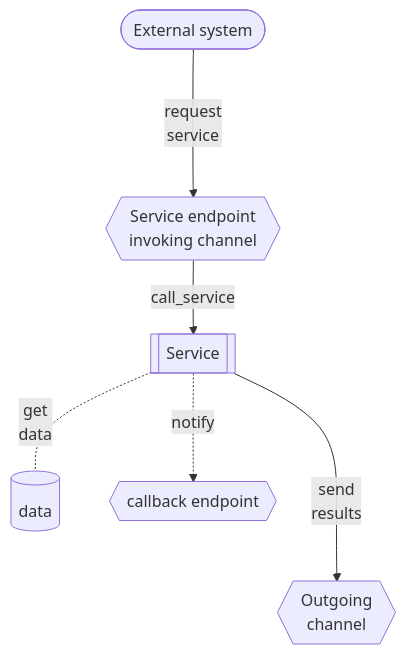
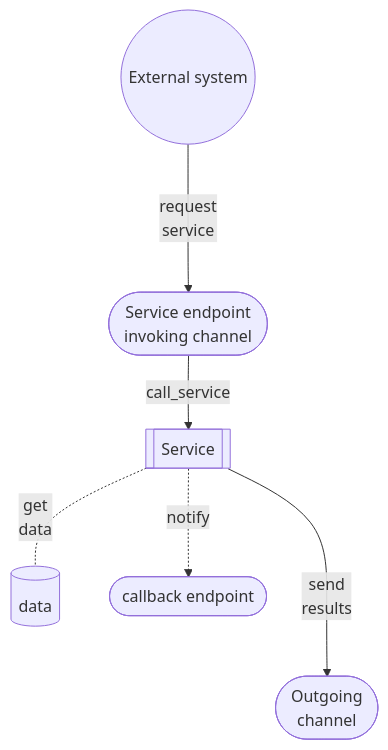
The diagram in doc_src/810-DSGN/120-CPTS-service-anatomy.md (petre-renware/arint), drawn with Mermaid before and after one commit. The commit also changed 56 other files, not shown here.

````diff
--- a/doc_src/810-DSGN/120-CPTS-service-anatomy.md
+++ b/doc_src/810-DSGN/120-CPTS-service-anatomy.md
@@ -43,15 +43,15 @@
 ``` mermaid
 graph TD
     SRV[[Service]]
-    EXT([External system])
-    INCH{{Service endpoint \n invoking channel}}
+    EXT((External system))
+    INCH([Service endpoint \n invoking channel])
     DTB[(data)]
-    OUTCH{{Outgoing \n channel}}
-    CALLBCK{{callback endpoint}}
+    OUTCH([Outgoing \n channel])
+    CALLBCK([callback endpoint])
     
     EXT --->|request \n service| INCH
     INCH --> |call_service| SRV
     SRV -.- |get \n data| DTB
     SRV --->|send \n results| OUTCH
     SRV -.-> |notify| CALLBCK
 ```
````
